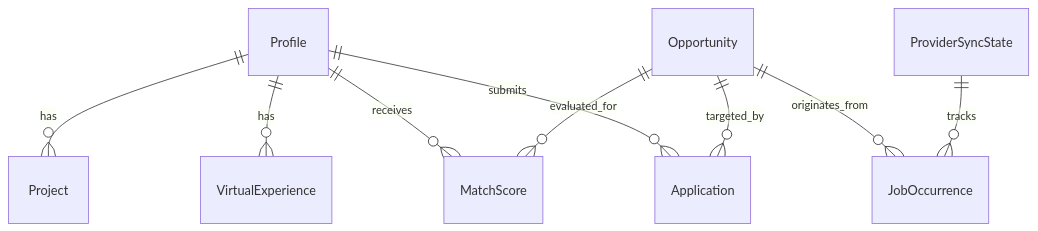
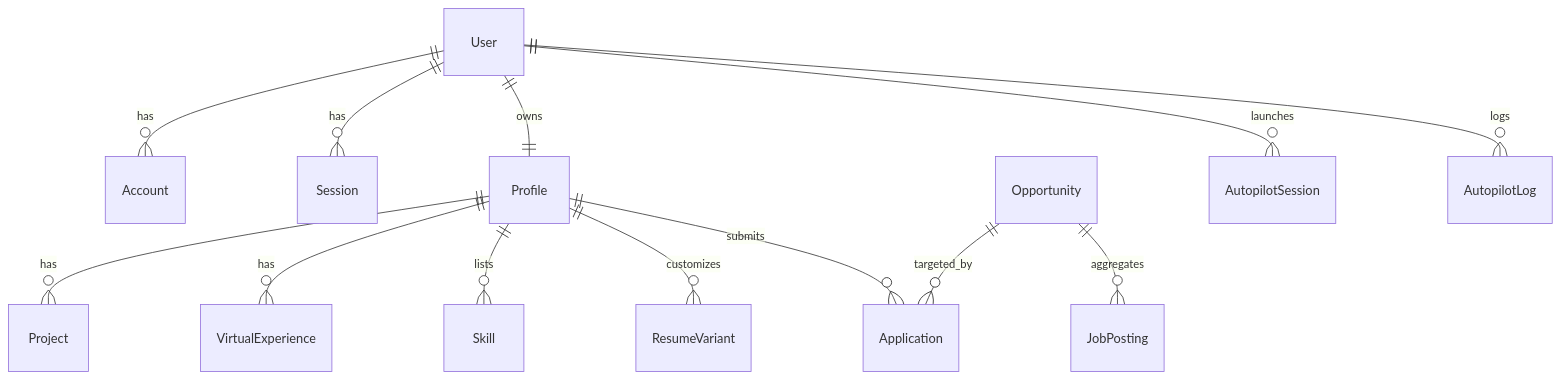
The second of 2 diagrams in CAREER_ENGINE_MASTER_MEMORY_BACKUP.md (Hey-Astreon/Career_Engine), drawn with Mermaid before and after one commit. The commit also changed other lines of this file, not shown here.

Commit message:
docs(memory): comprehensive update covering astrepilot architecture, 19-table schema, and 10-day sprint

````diff
--- a/CAREER_ENGINE_MASTER_MEMORY_BACKUP.md
+++ b/CAREER_ENGINE_MASTER_MEMORY_BACKUP.md
@@ -157,11 +158,15 @@
 ```mermaid
 erDiagram
+    User ||--o{ Account : has
+    User ||--o{ Session : has
+    User ||--|| Profile : owns
     Profile ||--o{ Project : has
     Profile ||--o{ VirtualExperience : has
-    Profile ||--o{ MatchScore : receives
+    Profile ||--o{ Skill : lists
+    Profile ||--o{ ResumeVariant : customizes
     Profile ||--o{ Application : submits
-    Opportunity ||--o{ JobOccurrence : originates_from
-    Opportunity ||--o{ MatchScore : evaluated_for
     Opportunity ||--o{ Application : targeted_by
-    ProviderSyncState ||--o{ JobOccurrence : tracks
+    Opportunity ||--o{ JobPosting : aggregates
+    User ||--o{ AutopilotSession : launches
+    User ||--o{ AutopilotLog : logs
 ```
````
